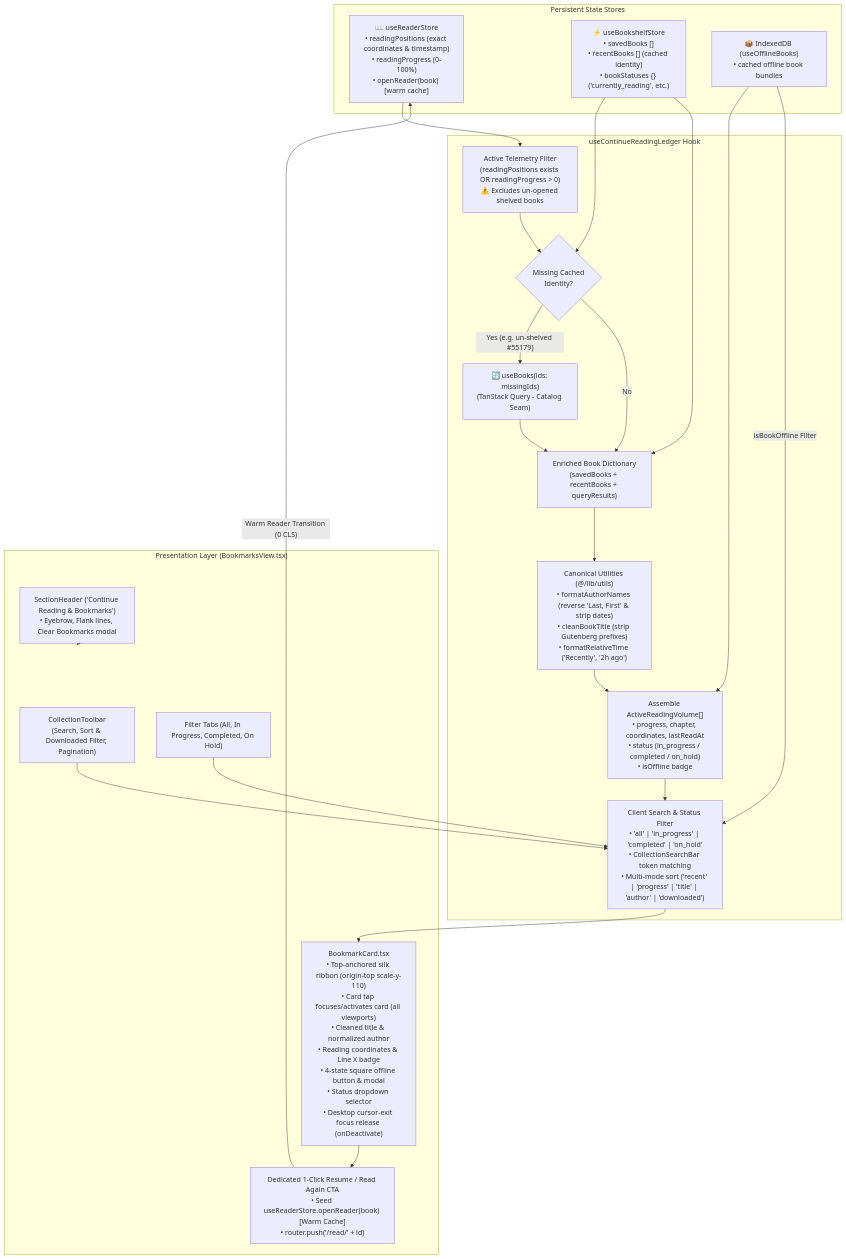
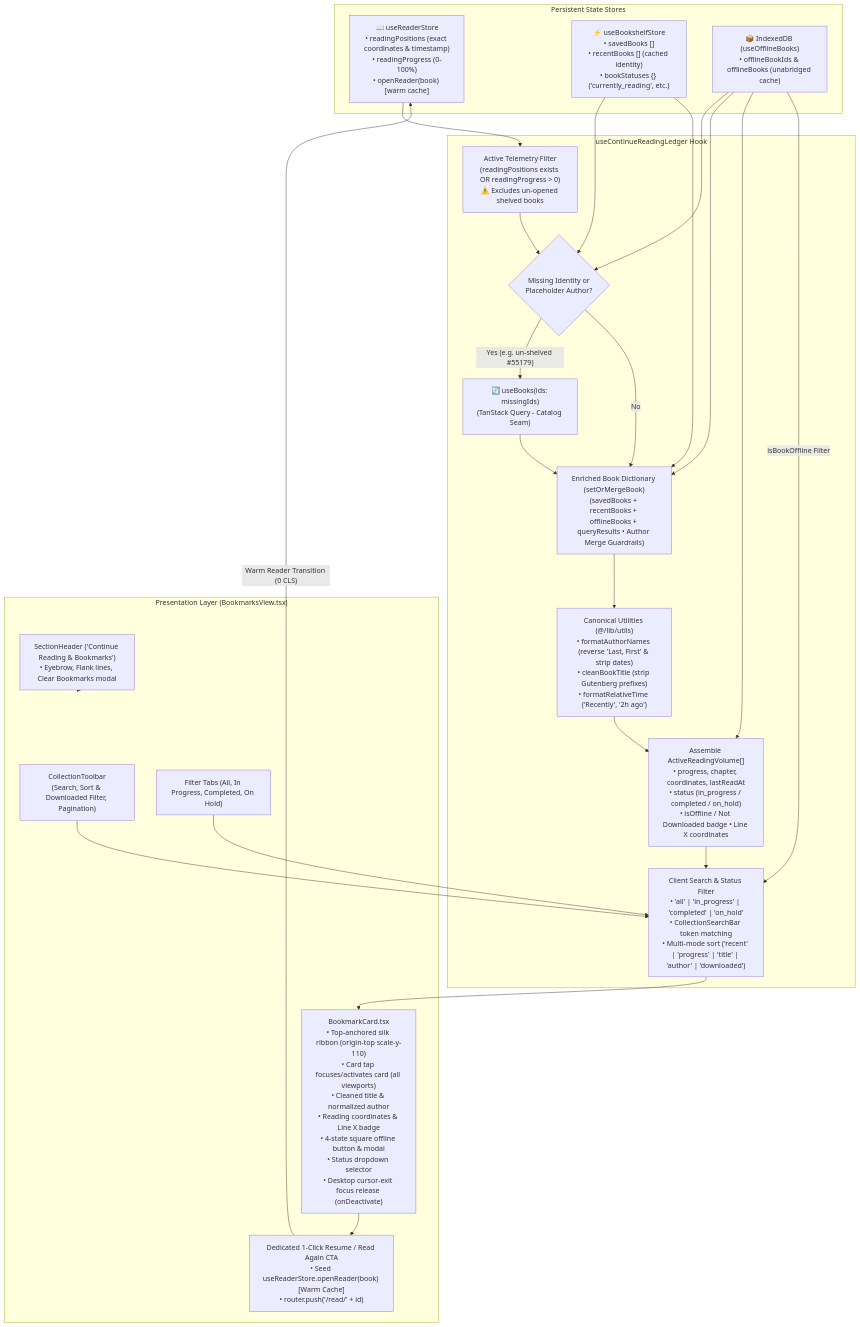
Before and after one commit to calin-m/Bookarium: the third of 3 diagrams in docs/ARCHITECTURE.md, drawn with Mermaid. The commit also changed other lines of this file and 103 other files, not shown here.

First line of the commit message:
feat(offline): implement end-to-end offline resilience, mirror prioritization, and author self-healing (ADR-069, ADR-070)

````diff
--- a/docs/ARCHITECTURE.md
+++ b/docs/ARCHITECTURE.md
@@ -313,45 +319,47 @@
 ```mermaid
 flowchart TD
     subgraph Storage ["Persistent State Stores"]
         RS["📖 useReaderStore\n• readingPositions (exact coordinates & timestamp)\n• readingProgress (0-100%)\n• openReader(book) [warm cache]"]
         BS["⚡ useBookshelfStore\n• savedBooks []\n• recentBooks [] (cached identity)\n• bookStatuses {} ('currently_reading', etc.)"]
-        IDB["📦 IndexedDB (useOfflineBooks)\n• cached offline book bundles"]
+        IDB["📦 IndexedDB (useOfflineBooks)\n• offlineBookIds & offlineBooks (unabridged cache)"]
     end
 
     subgraph LedgerHook ["useContinueReadingLedger Hook"]
         FilterActive["Active Telemetry Filter\n(readingPositions exists OR readingProgress > 0)\n⚠️ Excludes un-opened shelved books"]
-        MissingCheck{"Missing Cached\nIdentity?"}
+        MissingCheck{"Missing Identity or\nPlaceholder Author?"}
         QueryMissing["🔄 useBooks(ids: missingIds)\n(TanStack Query - Catalog Seam)"]
-        EnrichDict["Enriched Book Dictionary\n(savedBooks + recentBooks + queryResults)"]
+        EnrichDict["Enriched Book Dictionary (setOrMergeBook)\n(savedBooks + recentBooks + offlineBooks + queryResults • Author Merge Guardrails)"]
         Parser["Canonical Utilities (@/lib/utils)\n• formatAuthorNames (reverse 'Last, First' & strip dates)\n• cleanBookTitle (strip Gutenberg prefixes)\n• formatRelativeTime ('Recently', '2h ago')"]
-        Assembly["Assemble ActiveReadingVolume[]\n• progress, chapter, coordinates, lastReadAt\n• status (in_progress / completed / on_hold)\n• isOffline badge"]
+        Assembly["Assemble ActiveReadingVolume[]\n• progress, chapter, coordinates, lastReadAt\n• status (in_progress / completed / on_hold)\n• isOffline / Not Downloaded badge • Line X coordinates"]
         FilterSort["Client Search & Status Filter\n• 'all' | 'in_progress' | 'completed' | 'on_hold'\n• CollectionSearchBar token matching\n• Multi-mode sort ('recent' | 'progress' | 'title' | 'author' | 'downloaded')"]
     end
 
     subgraph UI ["Presentation Layer (BookmarksView.tsx)"]
         Header["SectionHeader ('Continue Reading & Bookmarks')\n• Eyebrow, Flank lines, Clear Bookmarks modal"]
         Search["CollectionToolbar\n(Search, Sort & Downloaded Filter, Pagination)"]
         Tabs["Filter Tabs (All, In Progress, Completed, On Hold)"]
         Cards["BookmarkCard.tsx\n• Top-anchored silk ribbon (origin-top scale-y-110)\n• Card tap focuses/activates card (all viewports)\n• Cleaned title & normalized author\n• Reading coordinates & Line X badge\n• 4-state square offline button & modal\n• Status dropdown selector\n• Desktop cursor-exit focus release (onDeactivate)"]
         ResumeAction["Dedicated 1-Click Resume / Read Again CTA\n• Seed useReaderStore.openReader(book) [Warm Cache]\n• router.push('/read/' + id)"]
     end
 
     RS --> FilterActive
     FilterActive --> MissingCheck
     BS --> MissingCheck
+    IDB --> MissingCheck
     MissingCheck -->|"Yes (e.g. un-shelved #55179)"| QueryMissing
     QueryMissing --> EnrichDict
     MissingCheck -->|"No"| EnrichDict
     BS --> EnrichDict
+    IDB --> EnrichDict
     EnrichDict --> Parser
     Parser --> Assembly
     IDB --> Assembly
     IDB -->|"isBookOffline Filter"| FilterSort
     Assembly --> FilterSort
     FilterSort --> Cards
     Header --> UI
     Search --> FilterSort
     Tabs --> FilterSort
     Cards --> ResumeAction
     ResumeAction -->|"Warm Reader Transition (0 CLS)"| RS
 ```
````
